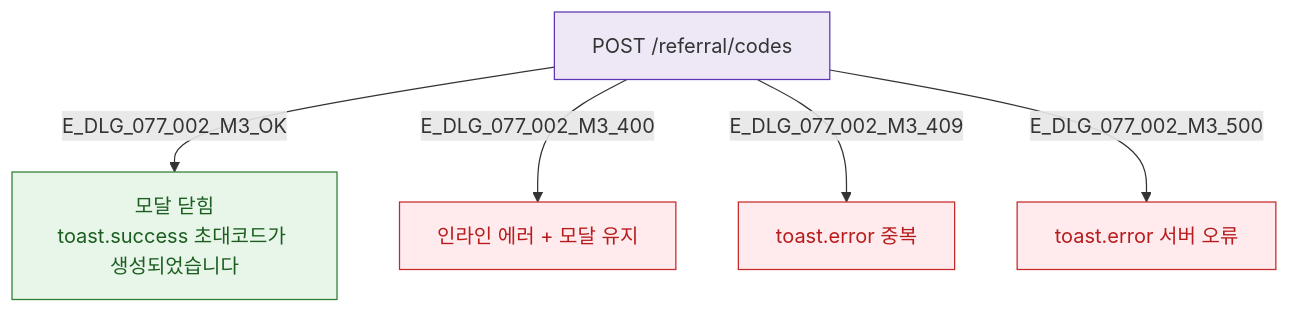
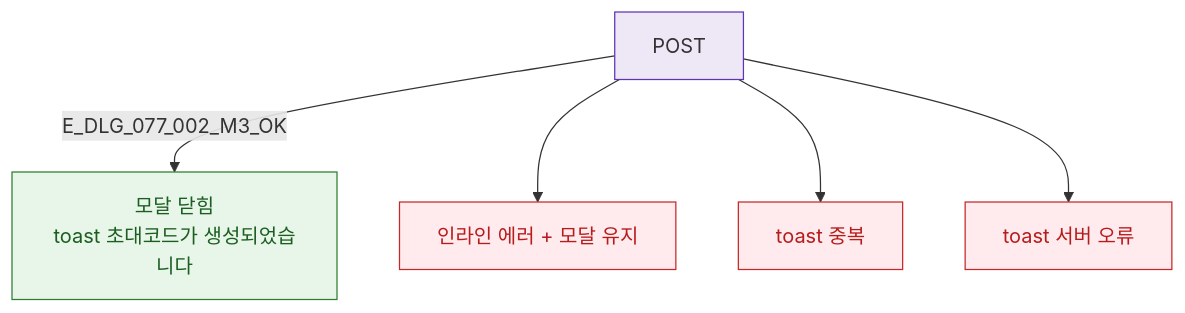
One commit to dev-spogym/admin-pando changed the diagram in docs/다이어그램/D08_마케팅/DLG/DLG-077-002/M3_결과분기.md. Above: the diagram before and after it, drawn with Mermaid. The commit also changed other lines of this file and 1660 other files, not shown here.

First line of the commit message:
다이어그램: 기획자/클라이언트 납품본으로 정리

````diff
--- a/docs/다이어그램/D08_마케팅/DLG/DLG-077-002/M3_결과분기.md
+++ b/docs/다이어그램/D08_마케팅/DLG/DLG-077-002/M3_결과분기.md
@@ -14,15 +12,15 @@
 ```mermaid
 flowchart TD
-  API[POST /referral/codes] -->|E_DLG_077_002_M3_OK| SUCCESS[모달 닫힘\ntoast.success 초대코드가 생성되었습니다]
-  API -->|E_DLG_077_002_M3_400| ERR_400[인라인 에러 + 모달 유지]
-  API -->|E_DLG_077_002_M3_409| ERR_409[toast.error 중복]
-  API -->|E_DLG_077_002_M3_500| ERR_500[toast.error 서버 오류]
+  API[POST] -->|E_DLG_077_002_M3_OK|SUCCESS[모달 닫힘\ntoast 초대코드가 생성되었습니다]
+  API --> ERR_400[인라인 에러 + 모달 유지]
+  API --> ERR_409[toast 중복]
+  API --> ERR_500[toast 서버 오류]
 
   classDef success fill:#E8F5E9,stroke:#2E7D32,color:#1B5E20
-  classDef error   fill:#FFEBEE,stroke:#C62828,color:#B71C1C
-  classDef system  fill:#EDE7F6,stroke:#5E35B2
+  classDef error fill:#FFEBEE,stroke:#C62828,color:#B71C1C
+  classDef system fill:#EDE7F6,stroke:#5E35B2
 
   class SUCCESS success
   class ERR_400,ERR_409,ERR_500 error
   class API system
 ```
````
